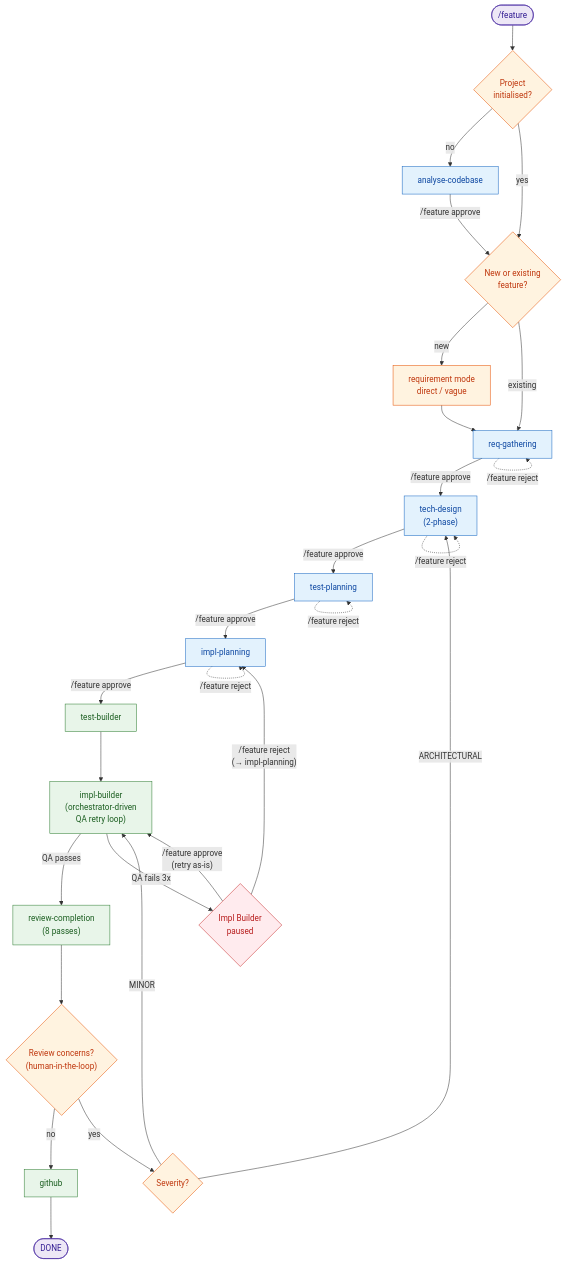
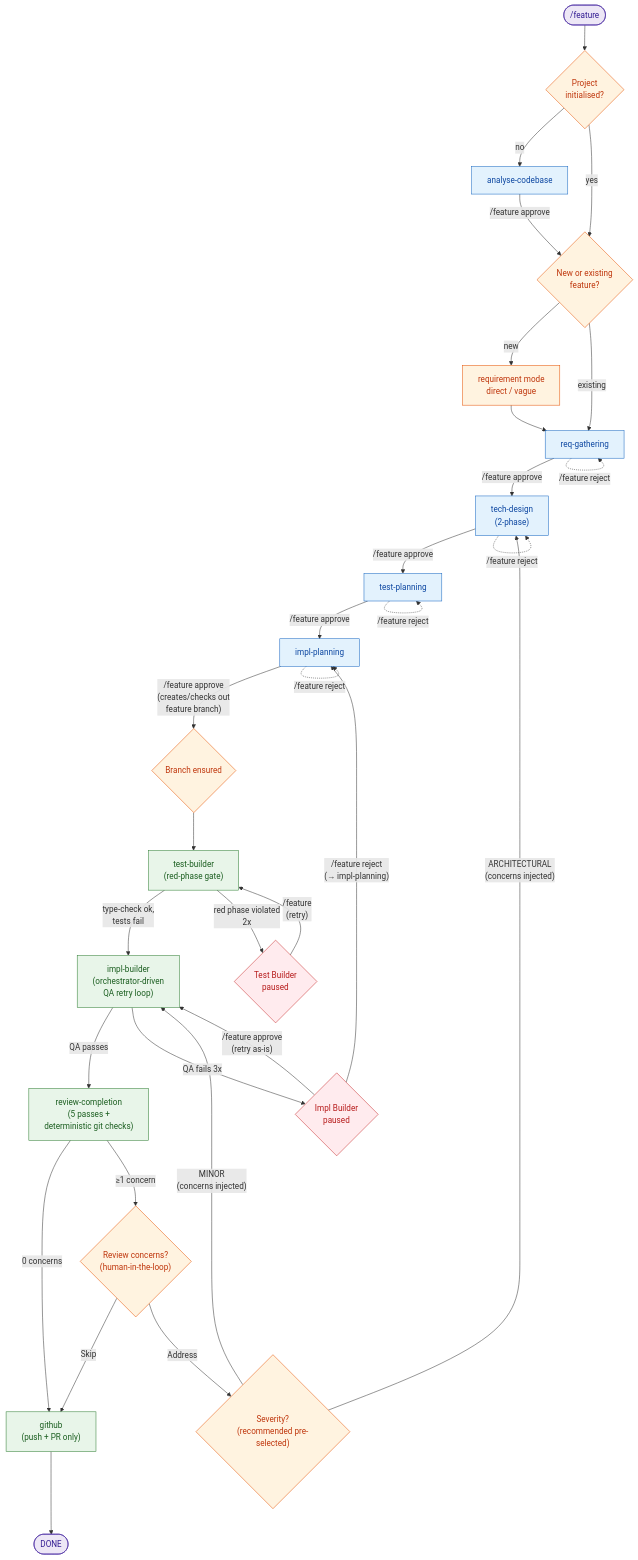
The diagram in docs/workflow.mmd (camstuart/feature-engineer-extension-pi), drawn with Mermaid before and after one commit. The commit also changed 8 other files, not shown here.

```diff
--- a/docs/workflow.mmd
+++ b/docs/workflow.mmd
@@ -1,42 +1,47 @@
 flowchart TD
     classDef skill fill:#e3f2fd,stroke:#1565c0,color:#0d47a1
     classDef gate fill:#fff3e0,stroke:#e65100,color:#bf360c
     classDef automated fill:#e8f5e9,stroke:#2e7d32,color:#1b5e20
     classDef paused fill:#ffebee,stroke:#c62828,color:#b71c1c
     classDef terminal fill:#ede7f6,stroke:#4527a0,color:#311b92
 
     start(["/feature"]):::terminal --> initCheck{"Project<br/>initialised?"}:::gate
 
     initCheck -- "no" --> analyse["analyse-codebase"]:::skill
     analyse -- "/feature approve" --> newExisting{"New or existing<br/>feature?"}:::gate
     initCheck -- "yes" --> newExisting
 
     newExisting -- "new" --> mode["requirement mode<br/>direct / vague"]:::gate
     newExisting -- "existing" --> req
     mode --> req["req-gathering"]:::skill
 
     req -- "/feature approve" --> td["tech-design<br/>(2-phase)"]:::skill
     req -. "/feature reject" .-> req
 
     td -- "/feature approve" --> tp["test-planning"]:::skill
     td -. "/feature reject" .-> td
 
     tp -- "/feature approve" --> ip["impl-planning"]:::skill
     tp -. "/feature reject" .-> tp
 
-    ip -- "/feature approve" --> tb["test-builder"]:::automated
+    ip -- "/feature approve<br/>(creates/checks out<br/>feature branch)" --> branch{"Branch ensured"}:::gate
     ip -. "/feature reject" .-> ip
+    branch --> tb["test-builder<br/>(red-phase gate)"]:::automated
 
-    tb --> ib["impl-builder<br/>(orchestrator-driven<br/>QA retry loop)"]:::automated
-    ib -- "QA passes" --> rc["review-completion<br/>(8 passes)"]:::automated
+    tb -- "type-check ok,<br/>tests fail" --> ib["impl-builder<br/>(orchestrator-driven<br/>QA retry loop)"]:::automated
+    tb -- "red phase violated<br/>2x" --> tbPaused{"Test Builder<br/>paused"}:::paused
+    tbPaused -- "/feature<br/>(retry)" --> tb
+
+    ib -- "QA passes" --> rc["review-completion<br/>(5 passes +<br/>deterministic git checks)"]:::automated
     ib -- "QA fails 3x" --> paused{"Impl Builder<br/>paused"}:::paused
     paused -- "/feature approve<br/>(retry as-is)" --> ib
     paused -- "/feature reject<br/>(→ impl-planning)" --> ip
 
-    rc --> concerns{"Review concerns?<br/>(human-in-the-loop)"}:::gate
-    concerns -- "no" --> gh["github"]:::automated
-    concerns -- "yes" --> severity{"Severity?"}:::gate
-    severity -- "ARCHITECTURAL" --> td
-    severity -- "MINOR" --> ib
+    rc -- "0 concerns" --> gh["github<br/>(push + PR only)"]:::automated
+    rc -- "≥1 concern" --> concerns{"Review concerns?<br/>(human-in-the-loop)"}:::gate
+    concerns -- "Skip" --> gh
+    concerns -- "Address" --> severity{"Severity?<br/>(recommended pre-selected)"}:::gate
+    severity -- "ARCHITECTURAL<br/>(concerns injected)" --> td
+    severity -- "MINOR<br/>(concerns injected)" --> ib
 
     gh --> done(["DONE"]):::terminal
```
